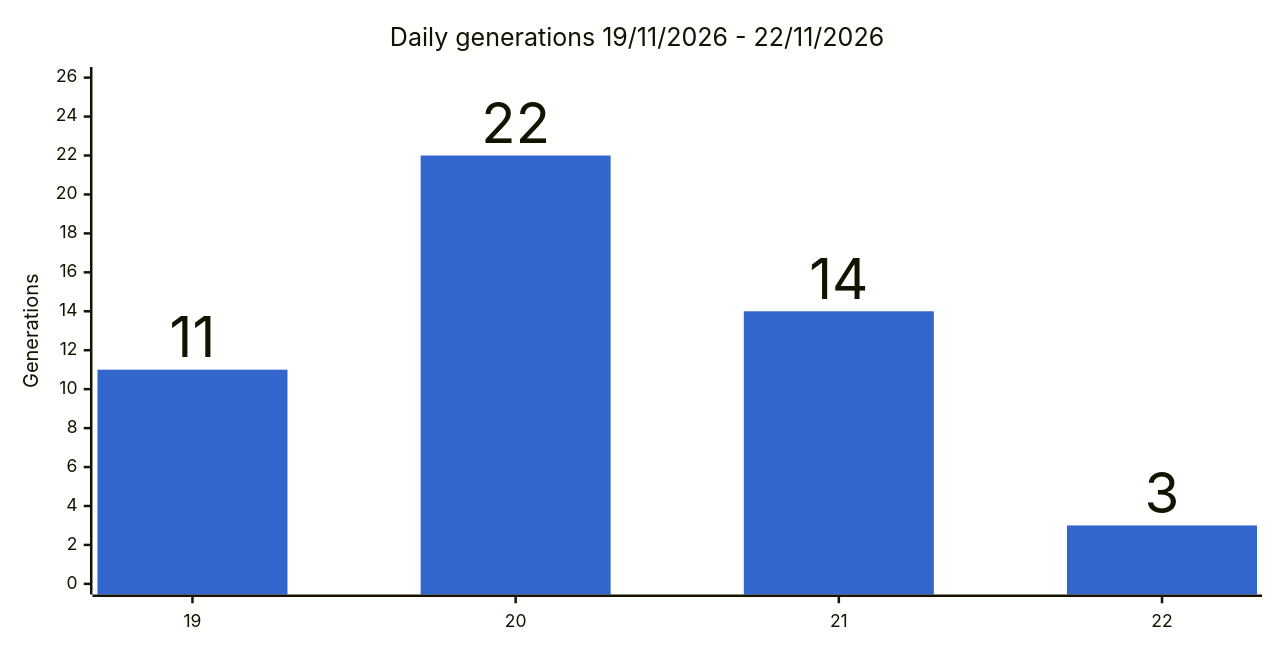
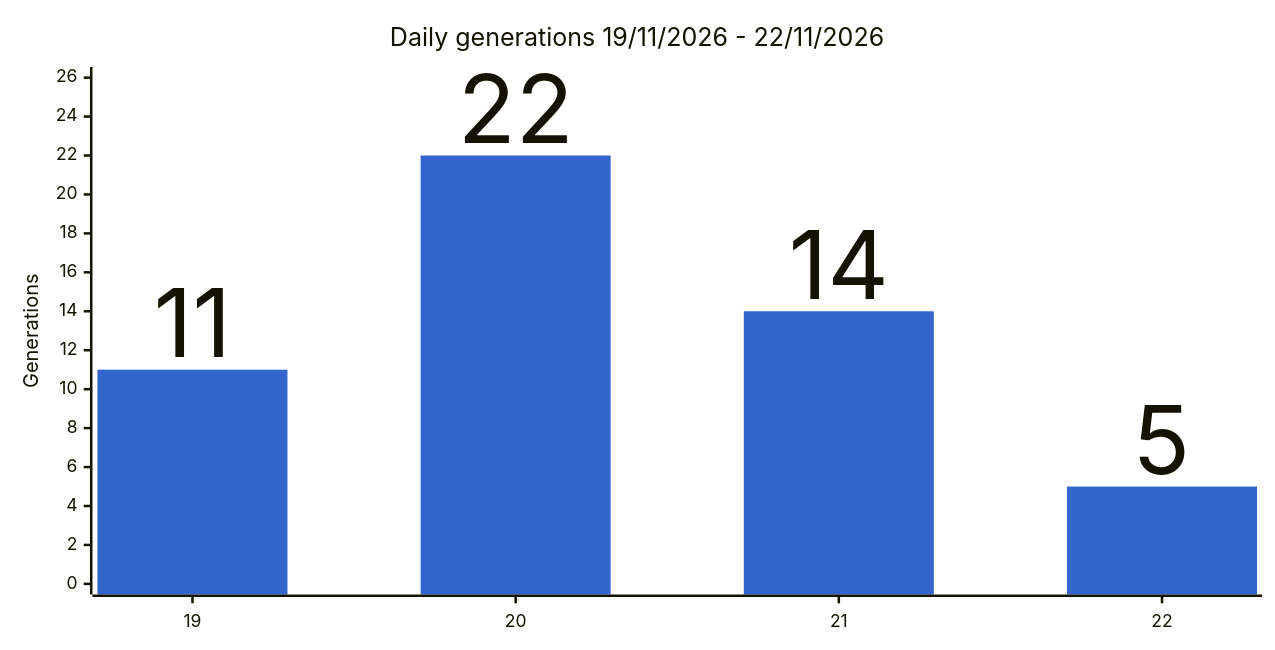
One commit to gmoulard/wikipedia2book changed the second of 4 diagrams in docs/stats.md. Above: the diagram before and after it, drawn with Mermaid. The commit also changed other lines of this file and 3 other files, not shown here.

````diff
--- a/docs/stats.md
+++ b/docs/stats.md
@@ -32,8 +32,8 @@
 ```mermaid
 %%{init: {"xyChart": {"width": 1000, "showDataLabel": true, "showDataLabelOutsideBar": true}, "themeVariables": {"xyChart": {"plotColorPalette": "#3366cc"}}}}%%
 xychart-beta
     title "Daily generations 19/11/2026 - 22/11/2026"
     x-axis ["19", "20", "21", "22"]
     y-axis "Generations" 0 --> 26
-    bar [11, 22, 14, 3]
+    bar [11, 22, 14, 5]
 ```
````
